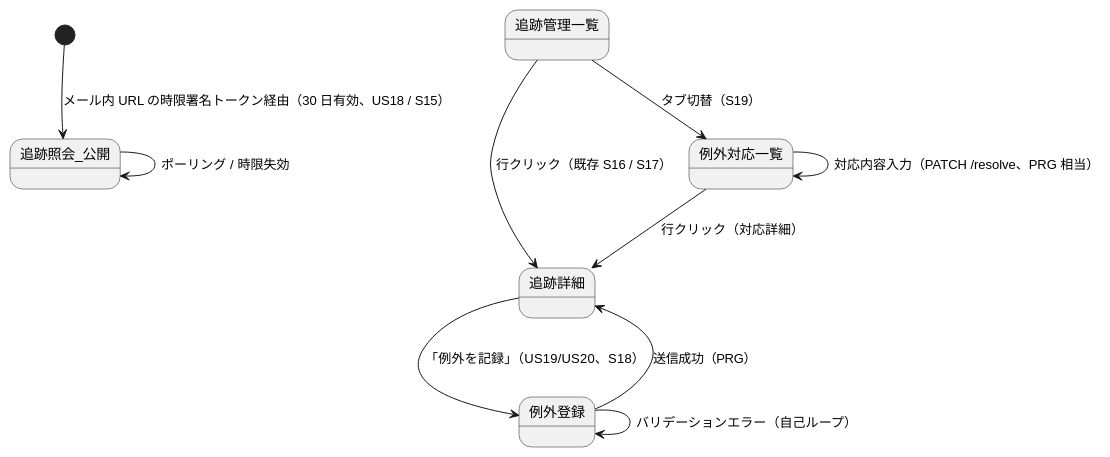
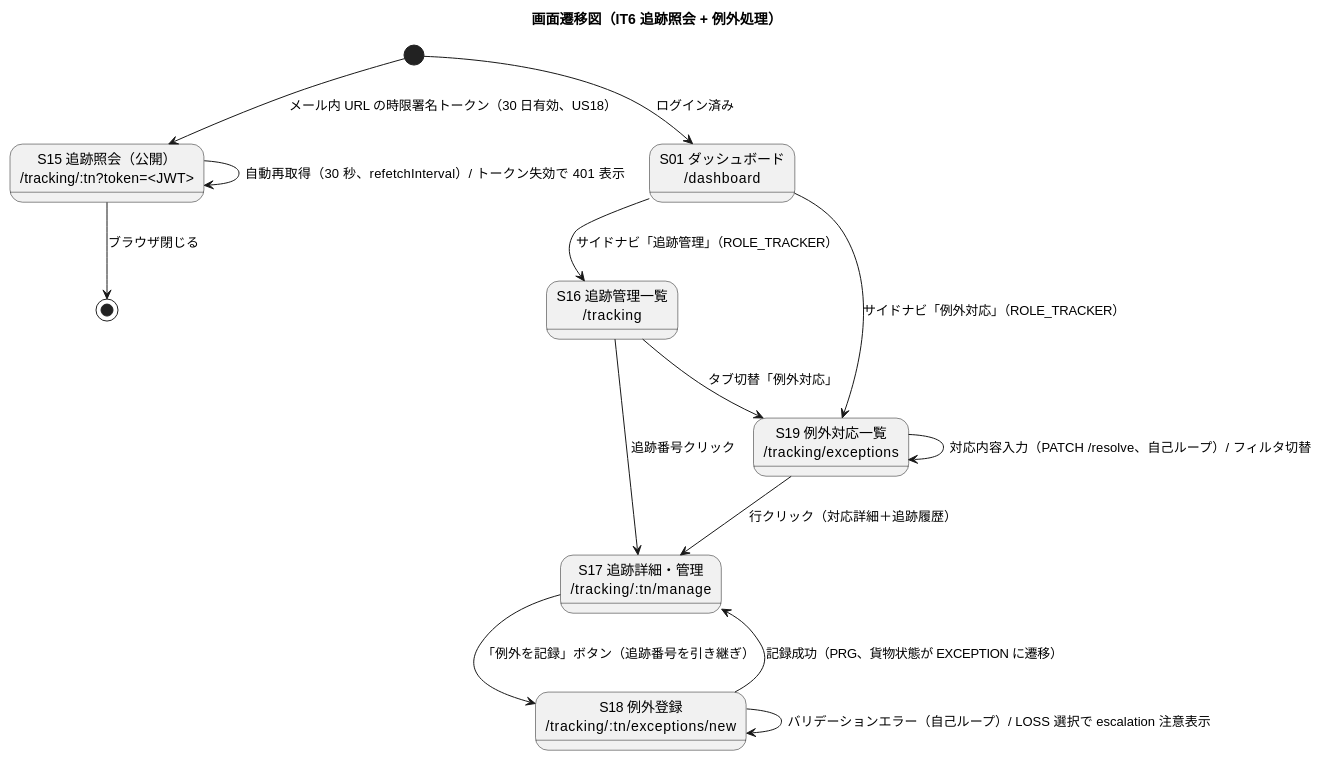
One commit to k2works/case-study-cargo-tracker changed the ninth of 11 diagrams in docs/development/iteration_plan-6.md. Above: the diagram before and after it, drawn with PlantUML. The commit also changed other lines of this file, not shown here.

````diff
--- a/docs/development/iteration_plan-6.md
+++ b/docs/development/iteration_plan-6.md
@@ -263,13 +571,27 @@
 ```plantuml
 @startuml
-[*] --> 追跡照会_公開 : メール内 URL の時限署名トークン経由（30 日有効、US18 / S15）
-追跡照会_公開 --> 追跡照会_公開 : ポーリング / 時限失効
-追跡管理一覧 --> 追跡詳細 : 行クリック（既存 S16 / S17）
-追跡詳細 --> 例外登録 : 「例外を記録」（US19/US20、S18）
-例外登録 --> 追跡詳細 : 送信成功（PRG）
-例外登録 --> 例外登録 : バリデーションエラー（自己ループ）
-追跡管理一覧 --> 例外対応一覧 : タブ切替（S19）
-例外対応一覧 --> 追跡詳細 : 行クリック（対応詳細）
-例外対応一覧 --> 例外対応一覧 : 対応内容入力（PATCH /resolve、PRG 相当）
+title 画面遷移図（IT6 追跡照会 + 例外処理）
+
+[*] --> S15 : メール内 URL の時限署名トークン（30 日有効、US18）
+[*] --> S01 : ログイン済み
+
+state "S15 追跡照会（公開）\n/tracking/:tn?token=<JWT>" as S15
+state "S01 ダッシュボード\n/dashboard" as S01
+state "S16 追跡管理一覧\n/tracking" as S16
+state "S17 追跡詳細・管理\n/tracking/:tn/manage" as S17
+state "S18 例外登録\n/tracking/:tn/exceptions/new" as S18
+state "S19 例外対応一覧\n/tracking/exceptions" as S19
+
+S15 --> S15 : 自動再取得（30 秒、refetchInterval）/ トークン失効で 401 表示
+S15 --> [*] : ブラウザ閉じる
+S01 --> S16 : サイドナビ「追跡管理」（ROLE_TRACKER）
+S01 --> S19 : サイドナビ「例外対応」（ROLE_TRACKER）
+S16 --> S17 : 追跡番号クリック
+S17 --> S18 : 「例外を記録」ボタン（追跡番号を引き継ぎ）
+S18 --> S18 : バリデーションエラー（自己ループ）/ LOSS 選択で escalation 注意表示
+S18 --> S17 : 記録成功（PRG、貨物状態が EXCEPTION に遷移）
+S19 --> S19 : 対応内容入力（PATCH /resolve、自己ループ）/ フィルタ切替
+S19 --> S17 : 行クリック（対応詳細＋追跡履歴）
+S16 --> S19 : タブ切替「例外対応」
 @enduml
 ```
````
